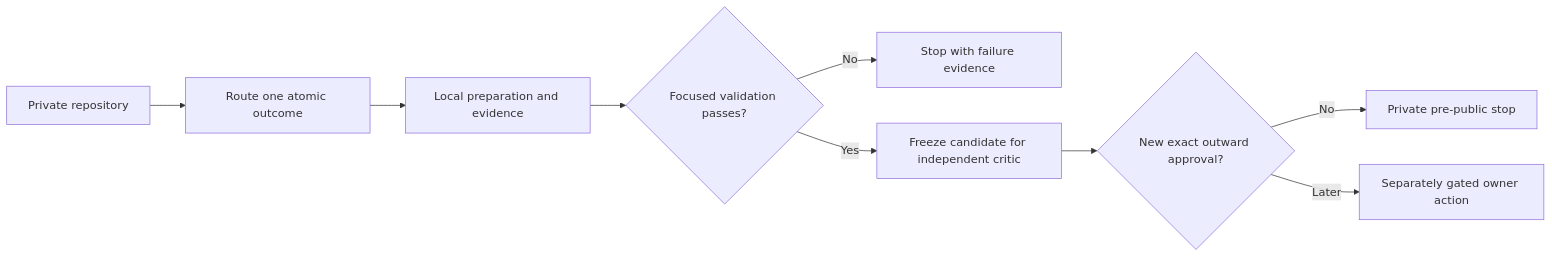
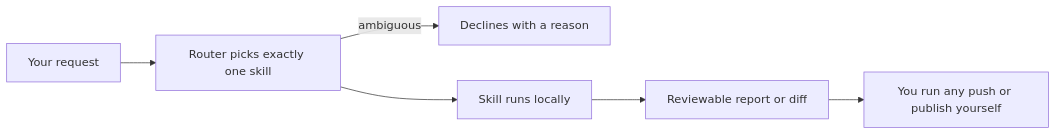
The diagram in README.md (Rahul-Innv/ReleaseBench), drawn with Mermaid before and after one commit. The commit also changed other lines of this file and 3 other files, not shown here.

````diff
--- a/README.md
+++ b/README.md
@@ -85,11 +67,8 @@
 ```mermaid
 flowchart LR
-  A["Private repository"] --> B["Route one atomic outcome"]
-  B --> C["Local preparation and evidence"]
-  C --> D{"Focused validation passes?"}
-  D -- "No" --> E["Stop with failure evidence"]
-  D -- "Yes" --> F["Freeze candidate for independent critic"]
-  F --> G{"New exact outward approval?"}
-  G -- "No" --> H["Private pre-public stop"]
-  G -- "Later" --> I["Separately gated owner action"]
+  A["Your request"] --> B["Router picks exactly one skill"]
+  B -- "ambiguous" --> C["Declines with a reason"]
+  B --> D["Skill runs locally"]
+  D --> E["Reviewable report or diff"]
+  E --> F["You run any push or publish yourself"]
 ```
````
